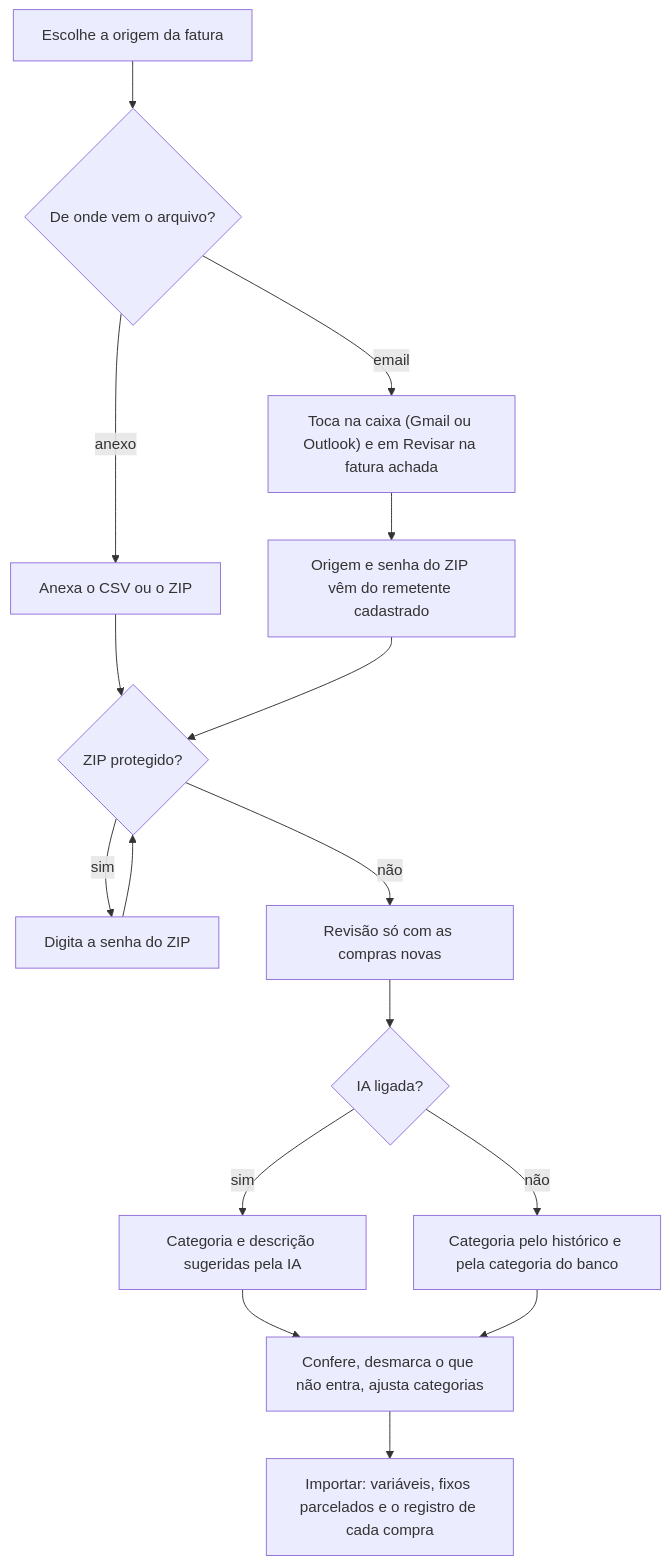
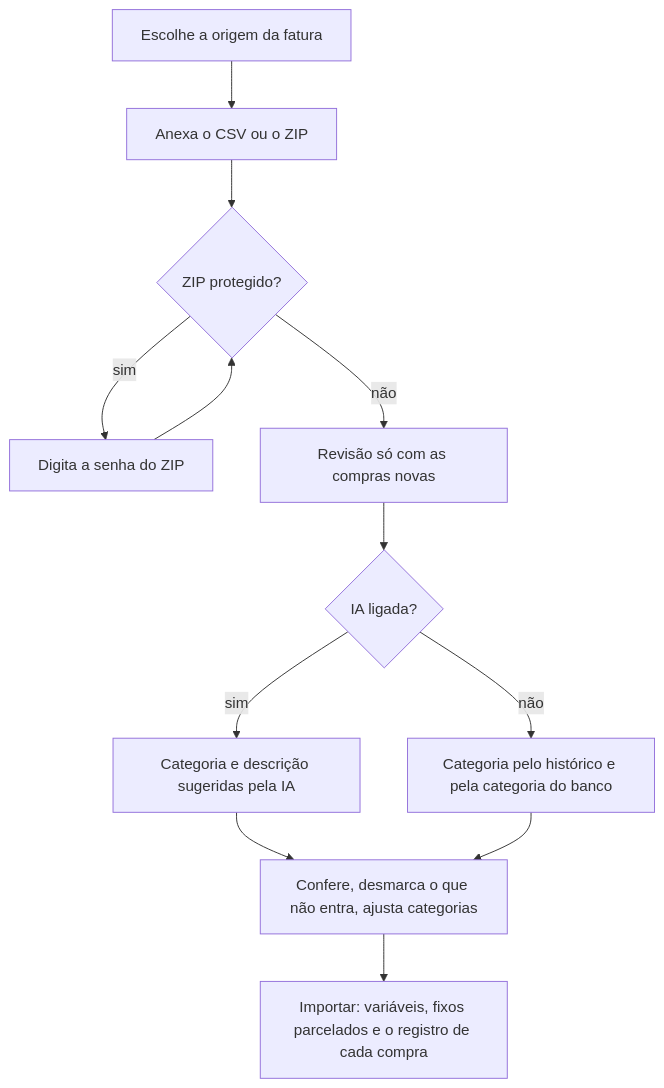
One commit to RuanPS01/cash-organizer-web changed the second of 4 diagrams in docs/07-fluxos-aplicacao.md. Above: the diagram before and after it, drawn with Mermaid. The commit also changed other lines of this file and 29 other files, not shown here.

````diff
--- a/docs/07-fluxos-aplicacao.md
+++ b/docs/07-fluxos-aplicacao.md
@@ -39,18 +96,14 @@
 ```mermaid
 flowchart TD
-  A["Escolhe a origem da fatura"] --> B{"De onde vem o arquivo?"}
-  B -- "anexo" --> C["Anexa o CSV ou o ZIP"]
-  B -- "email" --> D["Toca na caixa (Gmail ou Outlook) e em Revisar na fatura achada"]
-  D --> E["Origem e senha do ZIP vêm do remetente cadastrado"]
+  A["Escolhe a origem da fatura"] --> C["Anexa o CSV ou o ZIP"]
   C --> F{"ZIP protegido?"}
-  E --> F
   F -- "sim" --> G["Digita a senha do ZIP"]
   G --> F
   F -- "não" --> H["Revisão só com as compras novas"]
   H --> I{"IA ligada?"}
   I -- "sim" --> J["Categoria e descrição sugeridas pela IA"]
   I -- "não" --> K["Categoria pelo histórico e pela categoria do banco"]
   J --> L["Confere, desmarca o que não entra, ajusta categorias"]
   K --> L
   L --> M["Importar: variáveis, fixos parcelados e o registro de cada compra"]
 ```
````
